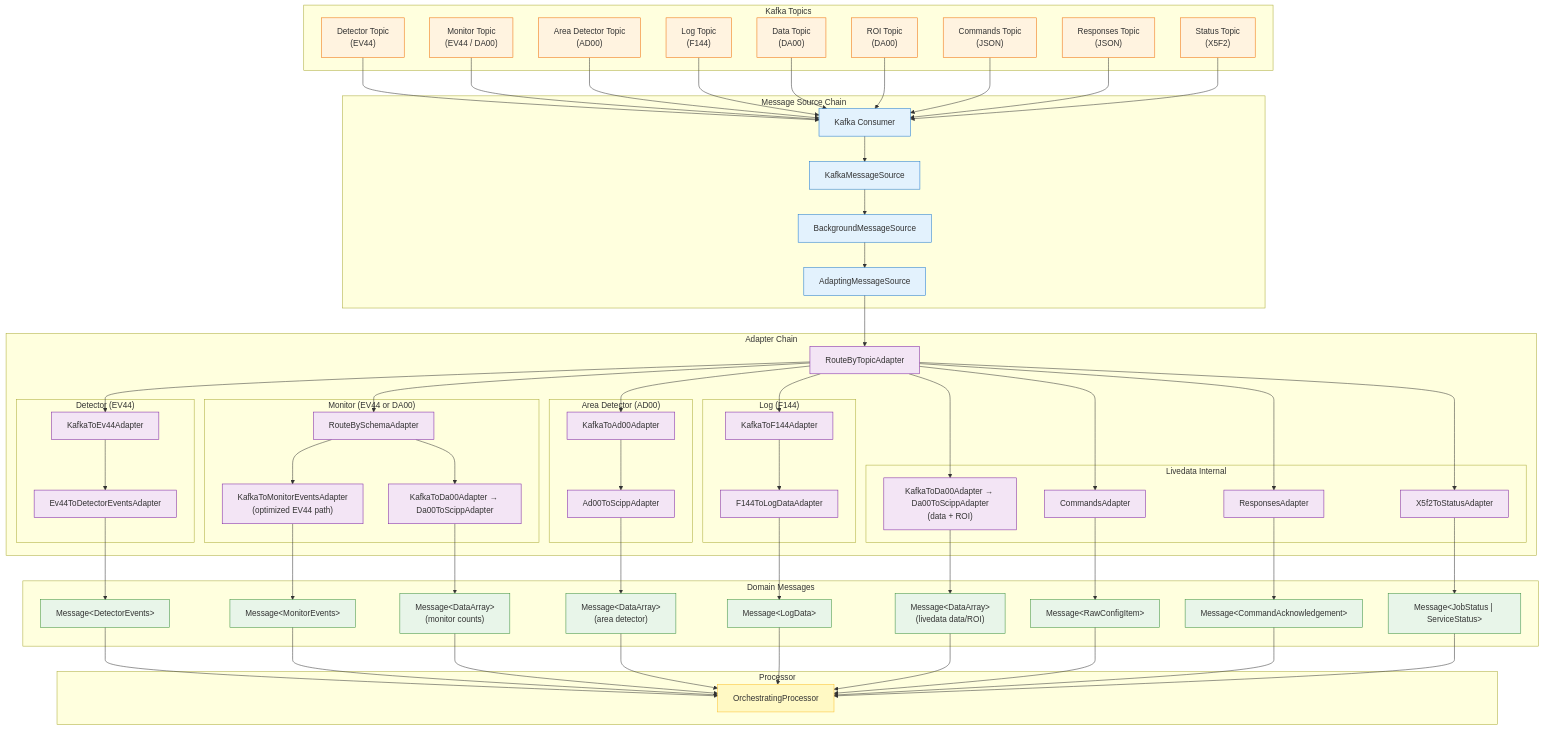
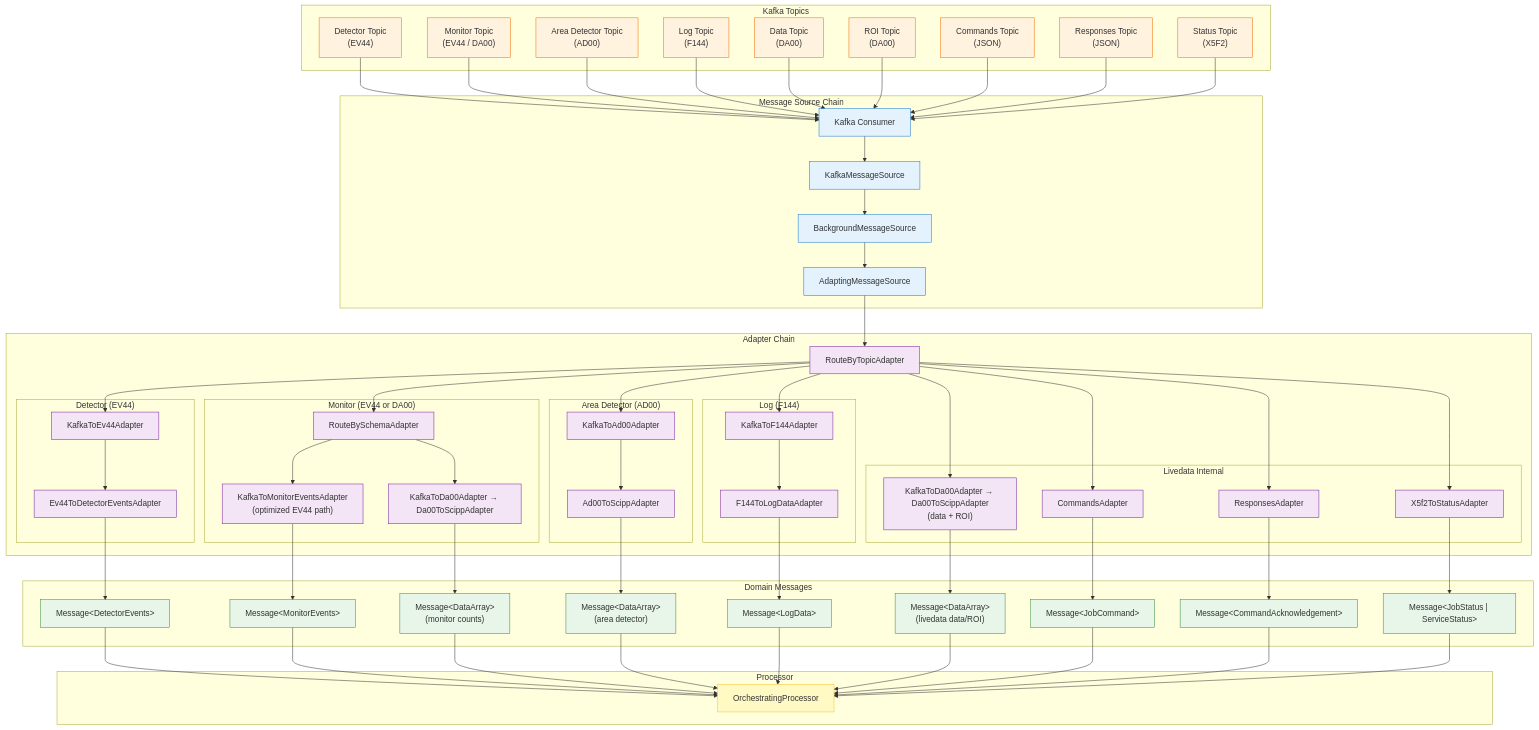
Before and after one commit to scipp/esslivedata: the diagram in docs/developer/design/message-flow-and-transformation.md, drawn with Mermaid. The commit also changed other lines of this file and 11 other files, not shown here.

```diff
--- a/docs/developer/design/message-flow-and-transformation.md
+++ b/docs/developer/design/message-flow-and-transformation.md
@@ -68,7 +68,7 @@
         ADMsg["Message&lt;DataArray&gt;<br/>(area detector)"]
         LogMsg["Message&lt;LogData&gt;"]
         DataMsg["Message&lt;DataArray&gt;<br/>(livedata data/ROI)"]
-        CmdMsg["Message&lt;RawConfigItem&gt;"]
+        CmdMsg["Message&lt;JobCommand&gt;"]
         RespMsg["Message&lt;CommandAcknowledgement&gt;"]
         StatusMsg["Message&lt;JobStatus | ServiceStatus&gt;"]
     end
```
